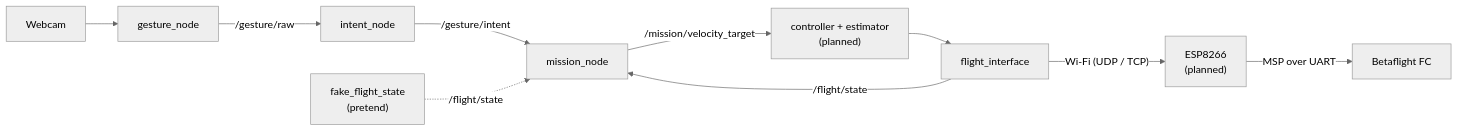
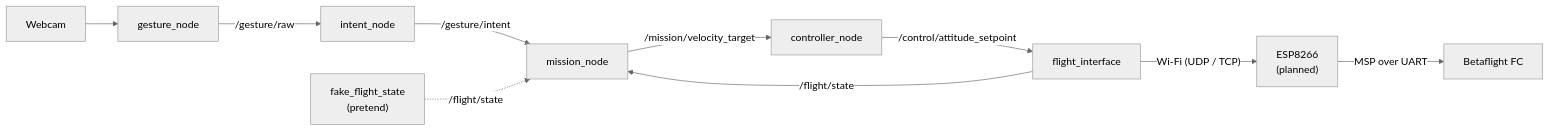
Before and after one commit to SEAME-pt/SEA-ME_Team1_ROSRangers: the diagram in docs/PraticalPlan/06 Gestures/00 Gesture Pipeline.md, drawn with Mermaid (neutral theme). The commit also changed other lines of this file and 105 other files, not shown here.

First line of the commit message:
Cascade controller in PX4 SITL behind flight_interface (#199) (#253)

````diff
--- a/docs/PraticalPlan/06 Gestures/00 Gesture Pipeline.md
+++ b/docs/PraticalPlan/06 Gestures/00 Gesture Pipeline.md
@@ -30,12 +30,12 @@
 ```mermaid
 flowchart LR
   W[Webcam] --> R[gesture_node]
   R -->|"/gesture/raw"| G[intent_node]
   G -->|"/gesture/intent"| M[mission_node]
   FI -->|"/flight/state"| M
   FFS["fake_flight_state<br/>(pretend)"] -.->|"/flight/state"| M
-  M -->|"/mission/velocity_target"| C["controller + estimator<br/>(planned)"]
-  C --> FI[flight_interface]
+  M -->|"/mission/velocity_target"| C[controller_node]
+  C -->|"/control/attitude_setpoint"| FI[flight_interface]
   FI -->|"Wi-Fi (UDP / TCP)"| E["ESP8266<br/>(planned)"]
   E -->|"MSP over UART"| FC[Betaflight FC]
 ```
````
